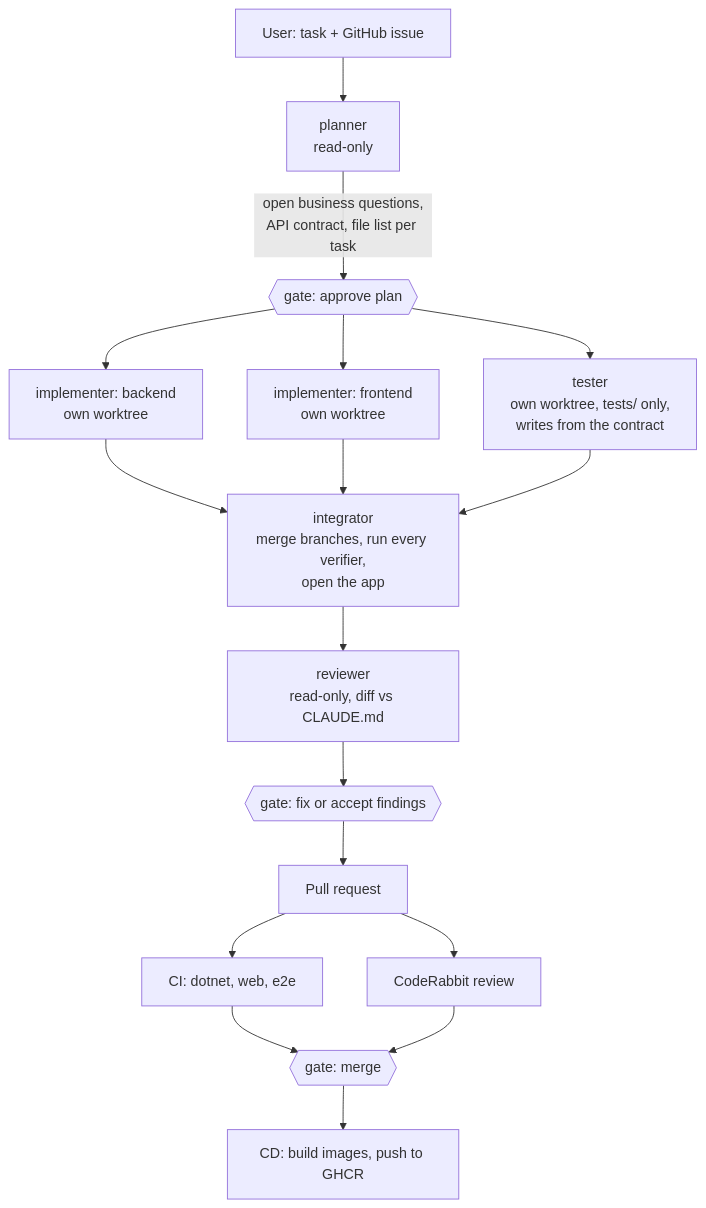
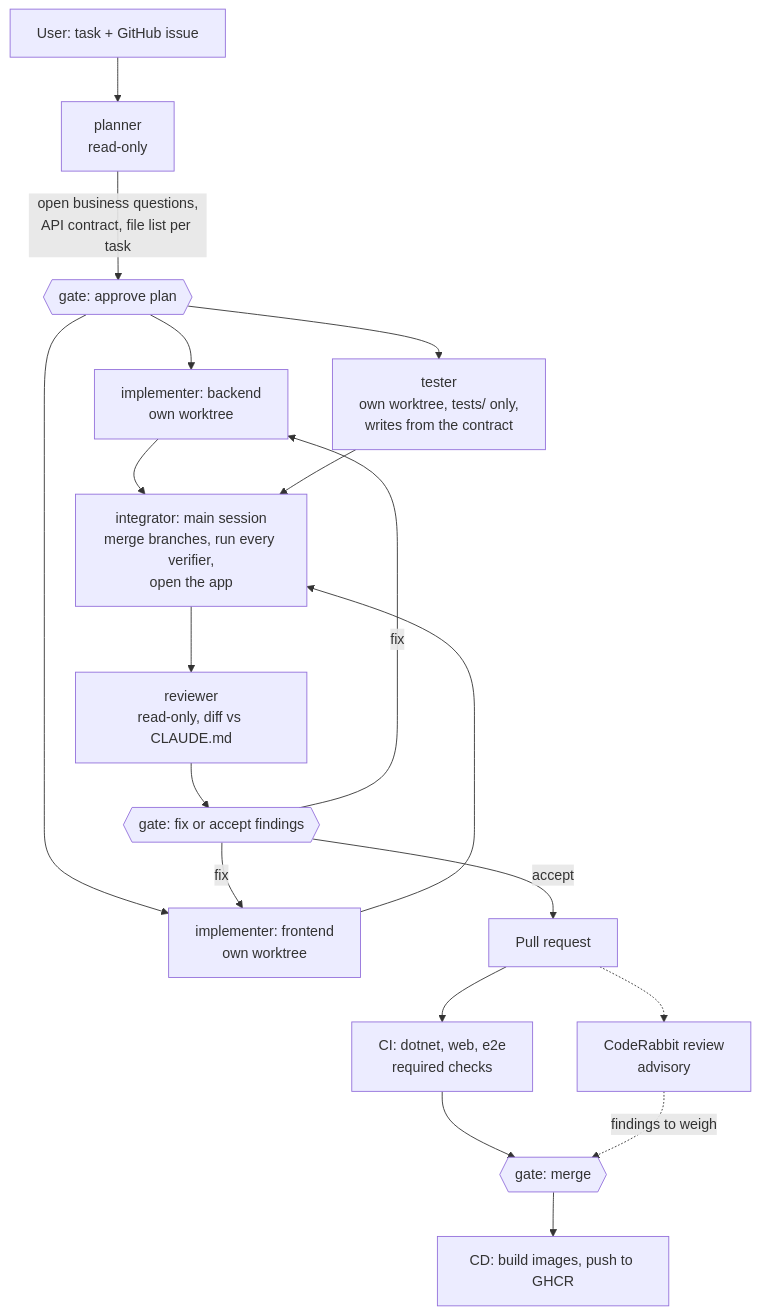
Before and after one commit to duytech/MiniPOS: the diagram in README.md, drawn with Mermaid. The commit also changed other lines of this file, not shown here.

First line of the commit message:
80 | Fix README review findings from the reviewer agent and CodeRabbit

````diff
--- a/README.md
+++ b/README.md
@@ -35,19 +35,21 @@
 ```mermaid
 flowchart TD
     U[User: task + GitHub issue] --> P[planner<br/>read-only]
     P -->|open business questions,<br/>API contract, file list per task| G1{{gate: approve plan}}
     G1 --> IB[implementer: backend<br/>own worktree]
     G1 --> IF[implementer: frontend<br/>own worktree]
     G1 --> T[tester<br/>own worktree, tests/ only,<br/>writes from the contract]
-    IB --> I[integrator<br/>merge branches, run every verifier,<br/>open the app]
+    IB --> I[integrator: main session<br/>merge branches, run every verifier,<br/>open the app]
     IF --> I
     T --> I
     I --> R[reviewer<br/>read-only, diff vs CLAUDE.md]
     R --> G2{{gate: fix or accept findings}}
-    G2 --> PR[Pull request]
-    PR --> CI[CI: dotnet, web, e2e]
-    PR --> CR[CodeRabbit review]
+    G2 -->|fix| IB
+    G2 -->|fix| IF
+    G2 -->|accept| PR[Pull request]
+    PR --> CI[CI: dotnet, web, e2e<br/>required checks]
+    PR -.-> CR[CodeRabbit review<br/>advisory]
     CI --> G3{{gate: merge}}
-    CR --> G3
+    CR -.->|findings to weigh| G3
     G3 --> CD[CD: build images, push to GHCR]
 ```
````
